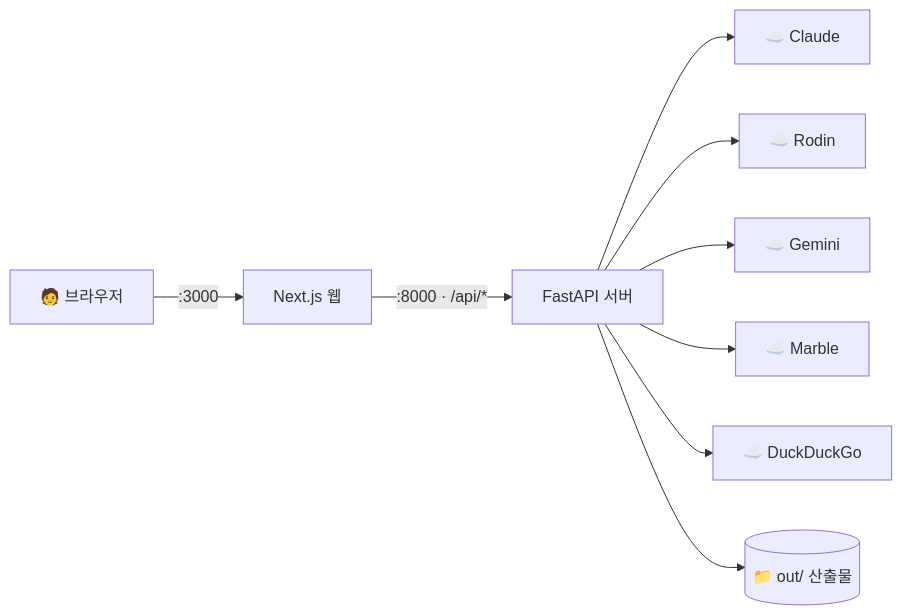
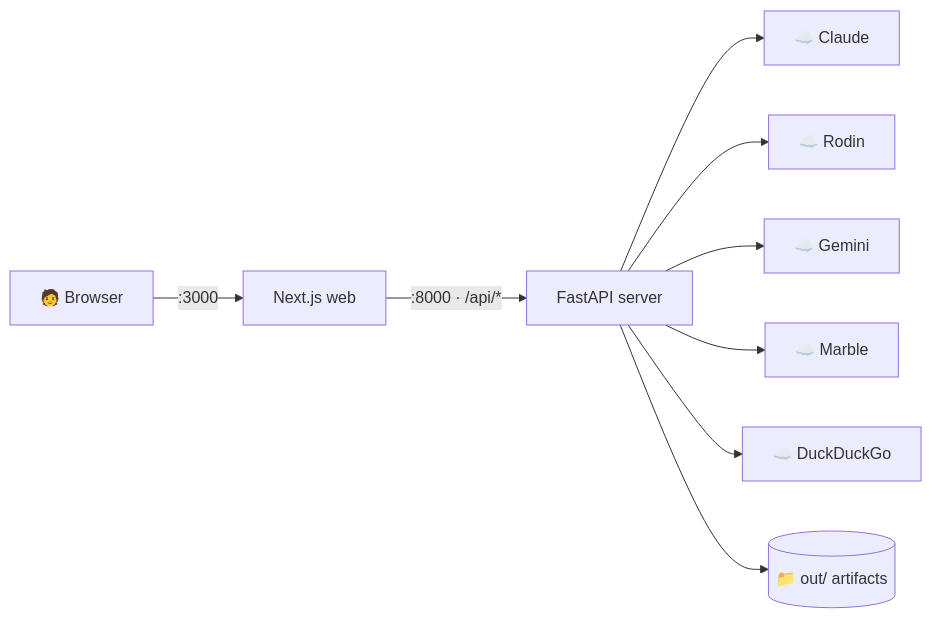
One commit to jaykaysmwork/setlab changed the second of 2 diagrams in README.md. Above: the diagram before and after it, drawn with Mermaid. The commit also changed other lines of this file, not shown here.

````diff
--- a/README.md
+++ b/README.md
@@ -89,11 +83,11 @@
 ```mermaid
 flowchart LR
-    U["🧑 브라우저"] -->|":3000"| W["Next.js 웹"]
-    W -->|":8000 · /api/*"| F["FastAPI 서버"]
+    U["🧑 Browser"] -->|":3000"| W["Next.js web"]
+    W -->|":8000 · /api/*"| F["FastAPI server"]
     F --> C["☁️ Claude"]
     F --> R["☁️ Rodin"]
     F --> Gm["☁️ Gemini"]
     F --> Mb["☁️ Marble"]
     F --> Dd["☁️ DuckDuckGo"]
-    F --> O[("📁 out/ 산출물")]
+    F --> O[("📁 out/ artifacts")]
 ```
````
